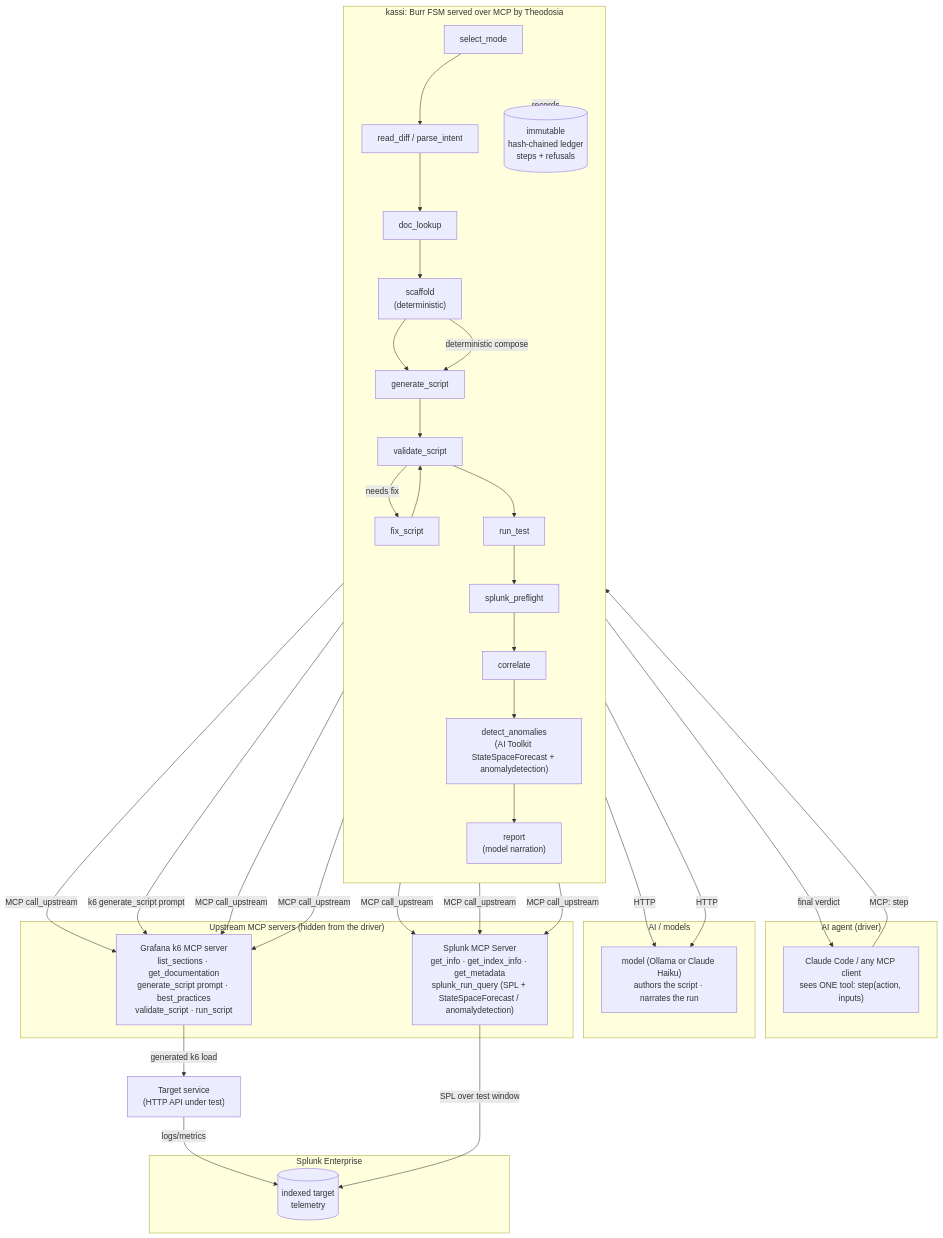
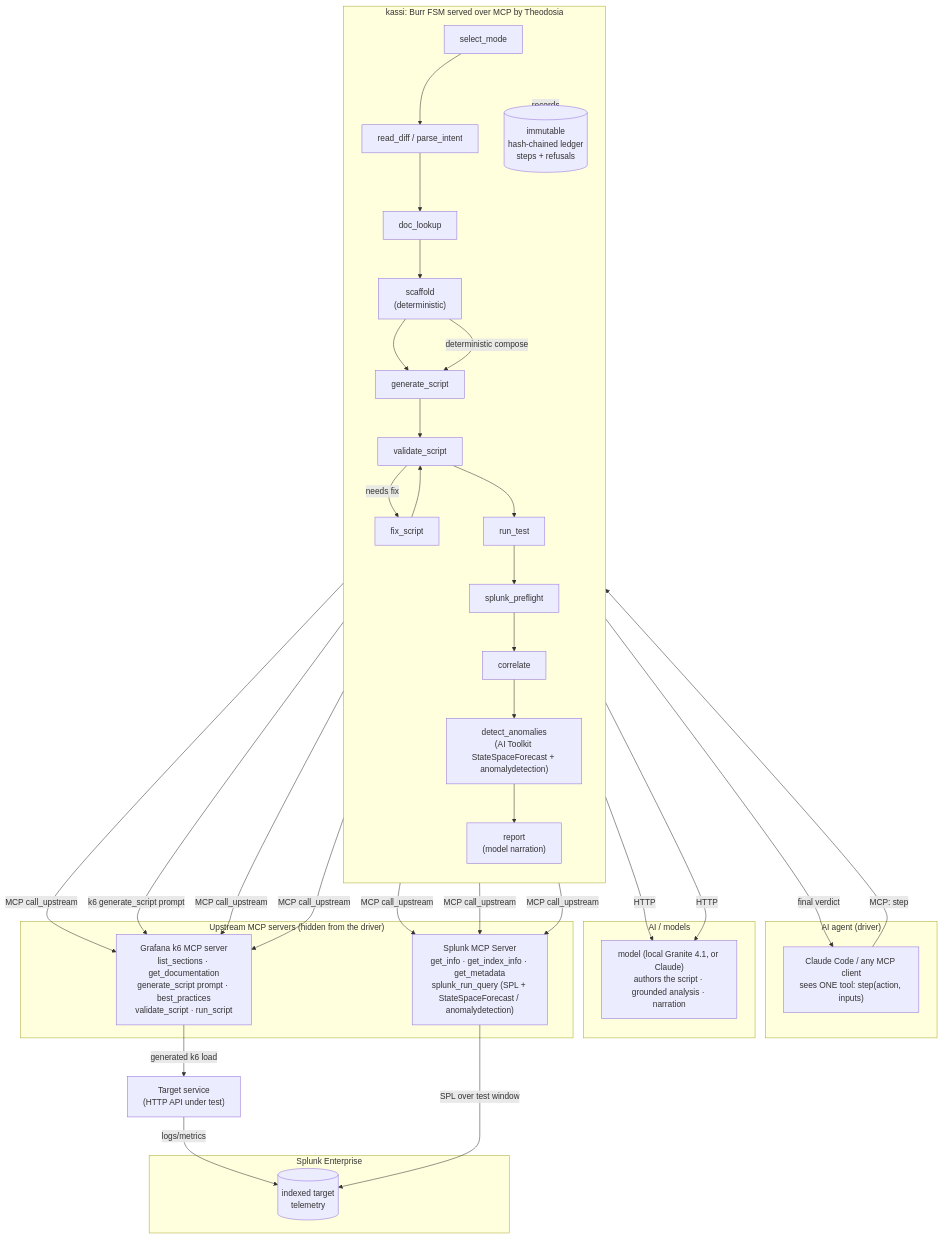
One commit to msradam/kassi changed the diagram in architecture_diagram.md. Above: the diagram before and after it, drawn with Mermaid. The commit also changed other lines of this file and 3 other files, not shown here.

First line of the commit message:
docs: describe local Granite 4.1, document grounding, and the cited analysis

````diff
--- a/architecture_diagram.md
+++ b/architecture_diagram.md
@@ -9,55 +9,55 @@
 ```mermaid
 flowchart TB
     subgraph Driver["AI agent (driver)"]
         A["Claude Code / any MCP client<br/>sees ONE tool: step(action, inputs)"]
     end
 
     subgraph Kassi["kassi: Burr FSM served over MCP by Theodosia"]
         direction TB
         SM["select_mode"] --> RD["read_diff / parse_intent"]
         RD --> DL["doc_lookup"]
         DL --> SC["scaffold<br/>(deterministic)"]
         SC --> GS["generate_script"]
         GS --> VS["validate_script"]
         VS -->|needs fix| FX["fix_script"]
         FX --> VS
         VS --> RT["run_test"]
         RT --> PF["splunk_preflight"]
         PF --> CO["correlate"]
         CO --> DA["detect_anomalies<br/>(AI Toolkit StateSpaceForecast + anomalydetection)"]
         DA --> RP["report<br/>(model narration)"]
         LEDGER[("immutable<br/>hash-chained ledger<br/>steps + refusals")]
     end
 
     subgraph AI["AI / models"]
-        LLM["model (Ollama or Claude Haiku)<br/>authors the script · narrates the run"]
+        LLM["model (local Granite 4.1, or Claude)<br/>authors the script · grounded analysis · narration"]
     end
 
     subgraph Upstreams["Upstream MCP servers (hidden from the driver)"]
         K6["Grafana k6 MCP server<br/>list_sections · get_documentation<br/>generate_script prompt · best_practices<br/>validate_script · run_script"]
         SPL["Splunk MCP Server<br/>get_info · get_index_info · get_metadata<br/>splunk_run_query (SPL + StateSpaceForecast / anomalydetection)"]
     end
 
     subgraph Splunk["Splunk Enterprise"]
         IDX[("indexed target<br/>telemetry")]
     end
 
     TARGET["Target service<br/>(HTTP API under test)"]
 
     A -->|MCP: step| SM
     Kassi -.records.-> LEDGER
     DL -->|MCP call_upstream| K6
     SC -->|deterministic compose| GS
     GS -->|k6 generate_script prompt| K6
     GS -->|HTTP| LLM
     RP -->|HTTP| LLM
     VS -->|MCP call_upstream| K6
     RT -->|MCP call_upstream| K6
     K6 -->|generated k6 load| TARGET
     TARGET -->|logs/metrics| IDX
     PF -->|MCP call_upstream| SPL
     CO -->|MCP call_upstream| SPL
     DA -->|MCP call_upstream| SPL
     SPL -->|SPL over test window| IDX
     RP -->|final verdict| A
 ```
````
